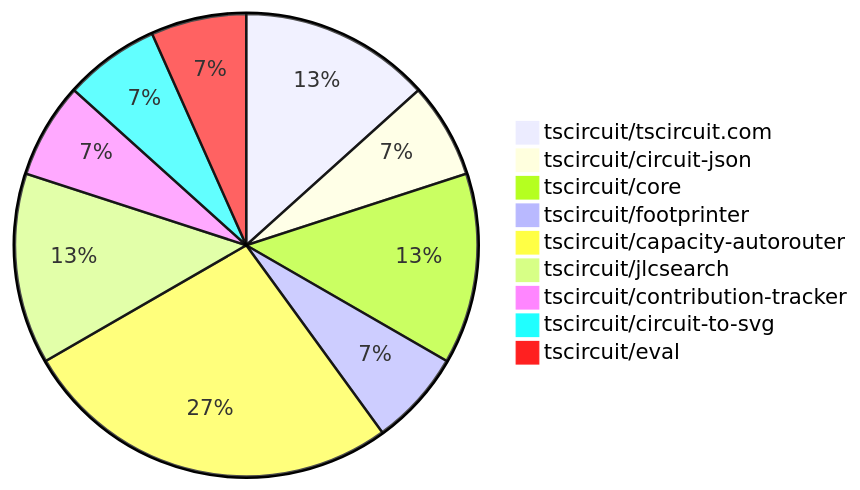
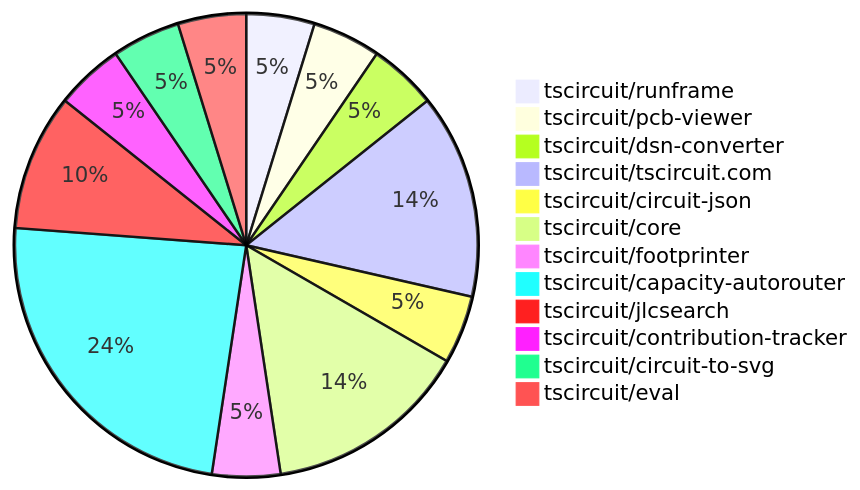
The diagram in README.md (tscircuit/contribution-tracker), drawn with Mermaid before and after one commit. The commit also changed other lines of this file and 2 other files, not shown here.

````diff
--- a/README.md
+++ b/README.md
@@ -24,12 +24,15 @@
 ```mermaid
 pie
-    "tscircuit/tscircuit.com" : 2
+    "tscircuit/runframe" : 1
+    "tscircuit/pcb-viewer" : 1
+    "tscircuit/dsn-converter" : 1
+    "tscircuit/tscircuit.com" : 3
     "tscircuit/circuit-json" : 1
-    "tscircuit/core" : 2
+    "tscircuit/core" : 3
     "tscircuit/footprinter" : 1
-    "tscircuit/capacity-autorouter" : 4
+    "tscircuit/capacity-autorouter" : 5
     "tscircuit/jlcsearch" : 2
     "tscircuit/contribution-tracker" : 1
     "tscircuit/circuit-to-svg" : 1
     "tscircuit/eval" : 1
 ```
````
